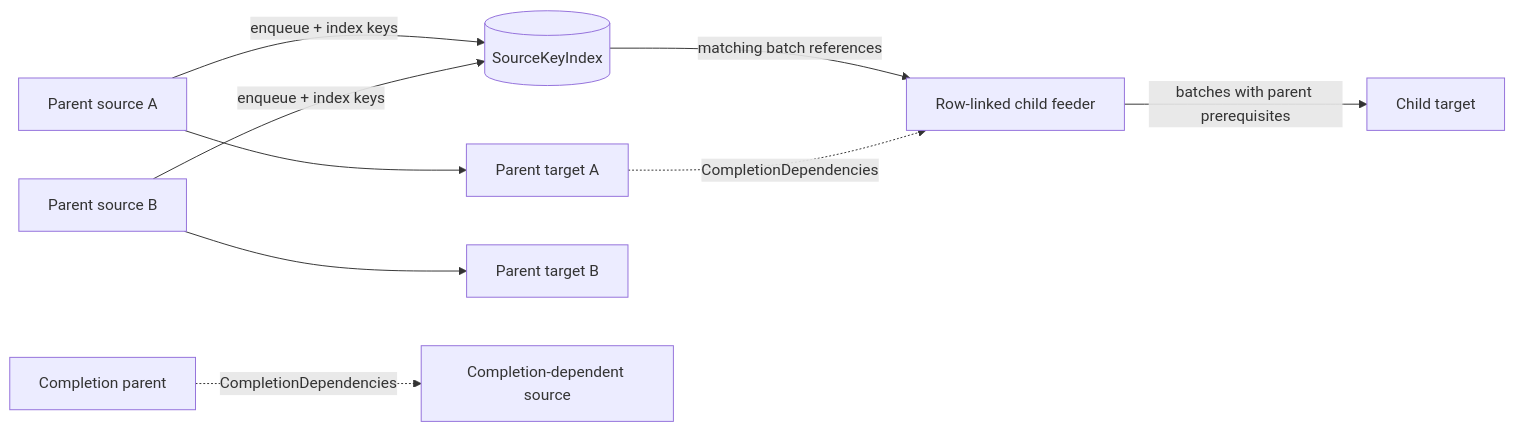
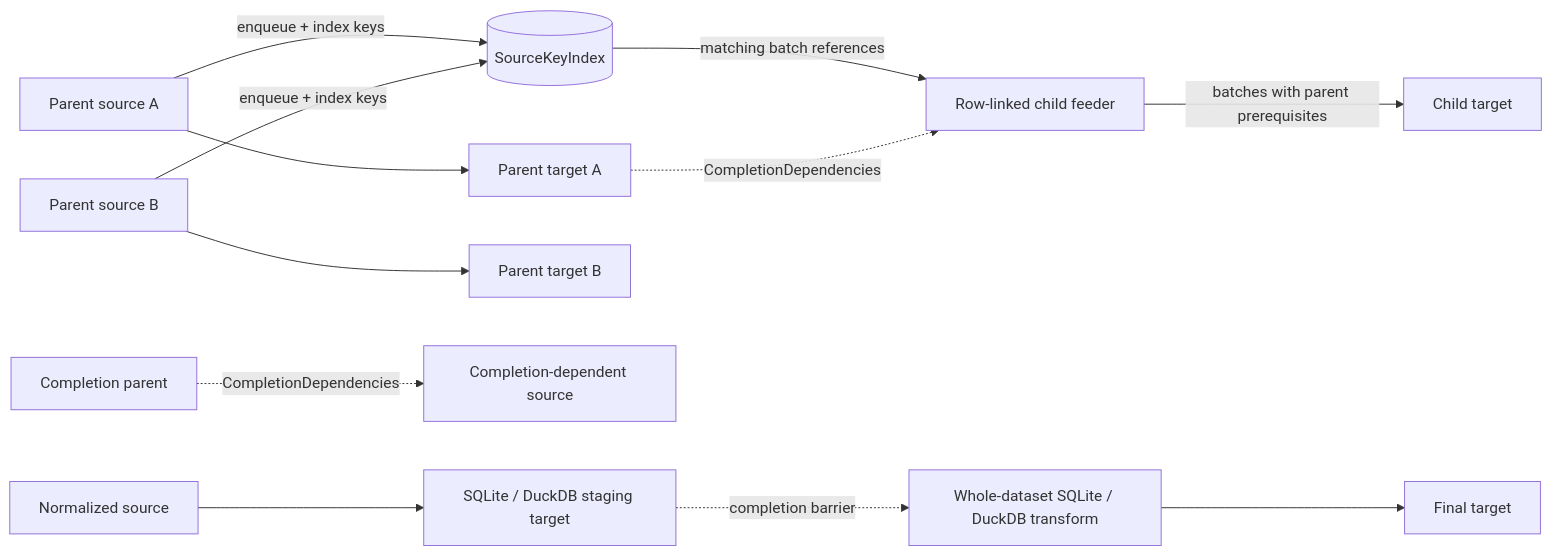
The second of 6 diagrams in docs/dev/architecture.md (ALM4Dataverse/Migration4Dataverse), drawn with Mermaid before and after one commit. The commit also changed other lines of this file and 54 other files, not shown here.

Commit message:
Improve sqlite transforms to allow per batch and whole dataset types. Use automatic connections to temp DBs for these.

````diff
--- a/docs/dev/architecture.md
+++ b/docs/dev/architecture.md
@@ -166,11 +169,14 @@
 ```mermaid
 flowchart LR
     ParentSourceA["Parent source A"] -->|enqueue + index keys| KeyIndex[("SourceKeyIndex")]
     ParentSourceB["Parent source B"] -->|enqueue + index keys| KeyIndex
     ParentSourceA --> ParentTargetA["Parent target A"]
     ParentSourceB --> ParentTargetB["Parent target B"]
     KeyIndex -->|matching batch references| ChildSource["Row-linked child feeder"]
     ChildSource -->|batches with parent prerequisites| ChildTarget["Child target"]
     ParentTargetA -.->|CompletionDependencies| ChildSource
     CompletionParent["Completion parent"] -.->|CompletionDependencies| CompletionChild["Completion-dependent source"]
+    NormalizedSource["Normalized source"] --> StagingTarget["SQLite / DuckDB staging target"]
+    StagingTarget -.->|completion barrier| WholeDataset["Whole-dataset SQLite / DuckDB transform"]
+    WholeDataset --> FinalTarget["Final target"]
 ```
````
